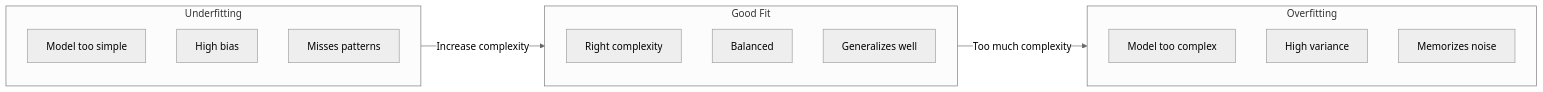
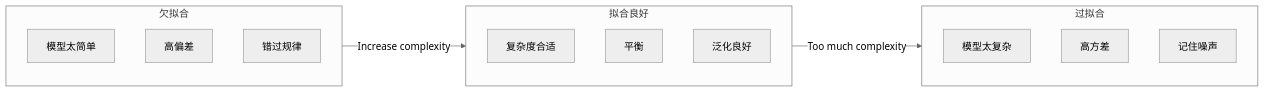
Before and after one commit to omigaZen/ai-engineering-from-scratch: the fifth of 6 diagrams in phases/02-ml-fundamentals/01-what-is-machine-learning/docs/zh.md, drawn with Mermaid (neutral theme). The commit also changed other lines of this file, not shown here.

````diff
--- a/phases/02-ml-fundamentals/01-what-is-machine-learning/docs/zh.md
+++ b/phases/02-ml-fundamentals/01-what-is-machine-learning/docs/zh.md
@@ -183,23 +183,23 @@
 ```mermaid
 flowchart LR
-    subgraph UF["Underfitting"]
-        U1["Model too simple"]
-        U2["High bias"]
-        U3["Misses patterns"]
+    subgraph UF["欠拟合"]
+        U1["模型太简单"]
+        U2["高偏差"]
+        U3["错过规律"]
     end
 
-    subgraph GF["Good Fit"]
-        G1["Right complexity"]
-        G2["Balanced"]
-        G3["Generalizes well"]
+    subgraph GF["拟合良好"]
+        G1["复杂度合适"]
+        G2["平衡"]
+        G3["泛化良好"]
     end
 
-    subgraph OF["Overfitting"]
-        O1["Model too complex"]
-        O2["High variance"]
-        O3["Memorizes noise"]
+    subgraph OF["过拟合"]
+        O1["模型太复杂"]
+        O2["高方差"]
+        O3["记住噪声"]
     end
 
     UF -->|Increase complexity| GF
     GF -->|Too much complexity| OF
 ```
````
